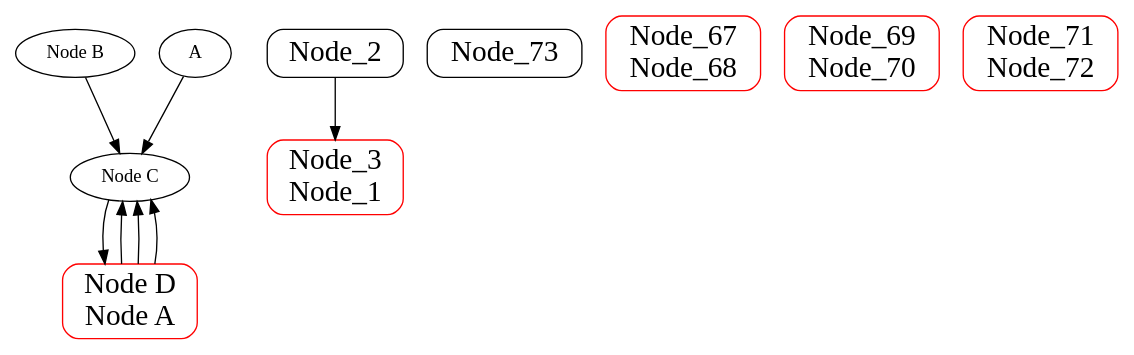
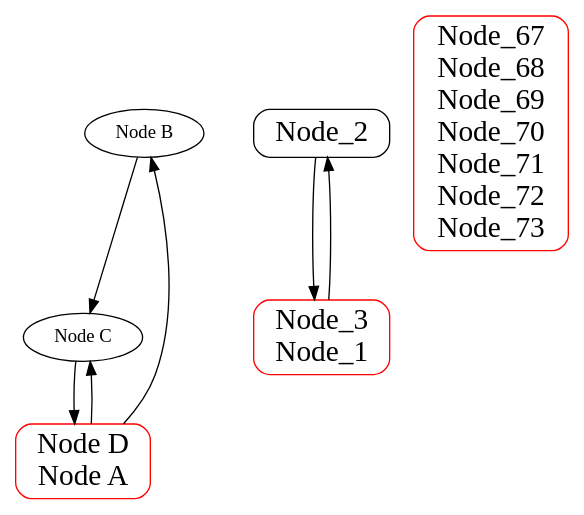
One commit to meysamkhazaee/dot_parser changed the diagram in result/1_updated.dot. Above: the diagram before and after it, drawn with Graphviz. The commit also changed 8 other files, not shown here.

```diff
--- a/result/1_updated.dot
+++ b/result/1_updated.dot
@@ -1,26 +1,22 @@
 digraph G {
 B [label="Node B"];
 C [label="Node C"];
-A -> C;
 B -> C;
 subgraph "sub_graph_1" {
 label="sub_graph_1";
 Node_2 [shape=Mrecord, fontsize=22, label="Node_2"];
 Node_3_Node_1 [label="Node_3\nNode_1", shape=Mrecord, fontsize=22, color=red];
+Node_3_Node_1 -> Node_2;
 Node_2 -> Node_3_Node_1;
 }
 
 subgraph "sub_graph_2" {
 label="sub_graph_2";
-Node_73 [shape=Mrecord, fontsize=22, label="Node_73"];
-Node_67_Node_68 [label="Node_67\nNode_68", shape=Mrecord, fontsize=22, color=red];
-Node_69_Node_70 [label="Node_69\nNode_70", shape=Mrecord, fontsize=22, color=red];
-Node_71_Node_72 [label="Node_71\nNode_72", shape=Mrecord, fontsize=22, color=red];
+Node_67_Node_68_Node_69_Node_70_Node_71_Node_72_Node_73 [label="Node_67\nNode_68\nNode_69\nNode_70\nNode_71\nNode_72\nNode_73", shape=Mrecord, fontsize=22, color=red];
 }
 
 D_A [label="Node D\nNode A", shape=Mrecord, fontsize=22, color=red];
-D_A -> C;
+D_A -> B;
 D_A -> C;
 C -> D_A;
-D_A -> C;
 }
```
